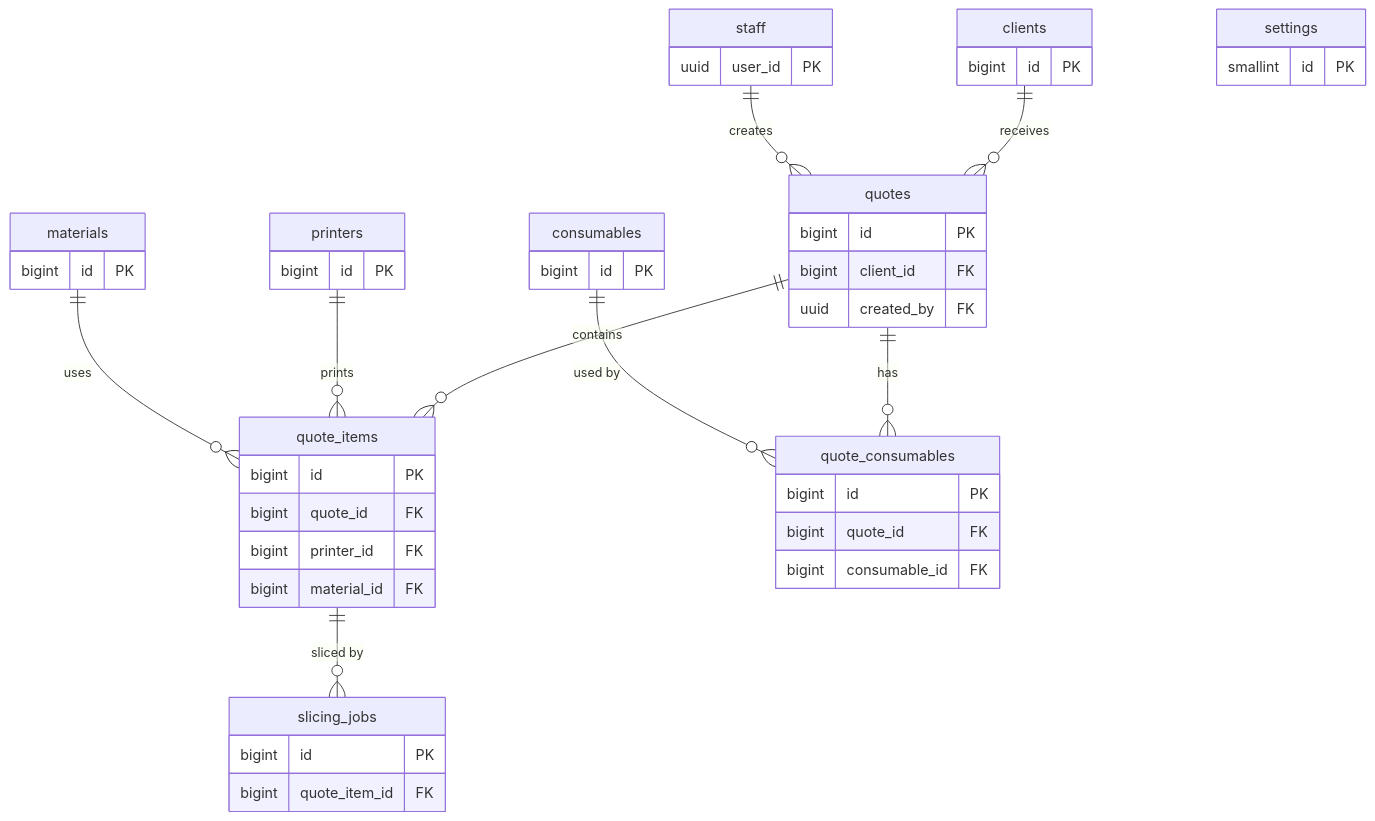
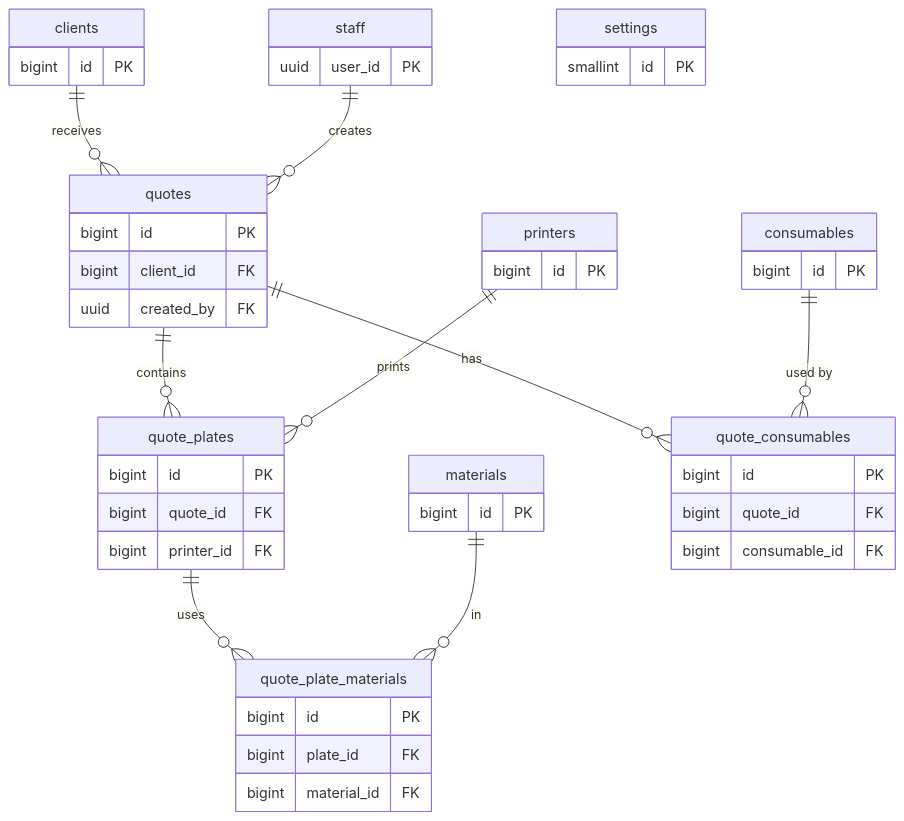
Before and after one commit to AleTornesello/3D-Quote: the diagram in docs/supabase/data-model.md, drawn with Mermaid. The commit also changed other lines of this file and 7 other files, not shown here.

Commit message:
docs: quote plates

````diff
--- a/docs/supabase/data-model.md
+++ b/docs/supabase/data-model.md
@@ -8,50 +8,50 @@
 ```mermaid
 erDiagram
     clients ||--o{ quotes : "receives"
-    quotes ||--o{ quote_items : "contains"
-    printers ||--o{ quote_items : "prints"
-    materials ||--o{ quote_items : "uses"
-    quote_items ||--o{ slicing_jobs : "sliced by"
+    quotes ||--o{ quote_plates : "contains"
+    printers ||--o{ quote_plates : "prints"
+    quote_plates ||--o{ quote_plate_materials : "uses"
+    materials ||--o{ quote_plate_materials : "in"
     quotes ||--o{ quote_consumables : "has"
     consumables ||--o{ quote_consumables : "used by"
     staff ||--o{ quotes : "creates"
     settings {
         smallint id PK
     }
 
     staff {
         uuid user_id PK
     }
     clients {
         bigint id PK
     }
     printers {
         bigint id PK
     }
     materials {
         bigint id PK
     }
     consumables {
         bigint id PK
     }
     quote_consumables {
         bigint id PK
         bigint quote_id FK
         bigint consumable_id FK
     }
     quotes {
         bigint id PK
         bigint client_id FK
         uuid created_by FK
     }
-    quote_items {
+    quote_plates {
         bigint id PK
         bigint quote_id FK
         bigint printer_id FK
+    }
+    quote_plate_materials {
+        bigint id PK
+        bigint plate_id FK
         bigint material_id FK
     }
-    slicing_jobs {
-        bigint id PK
-        bigint quote_item_id FK
-    }
 ```
````
